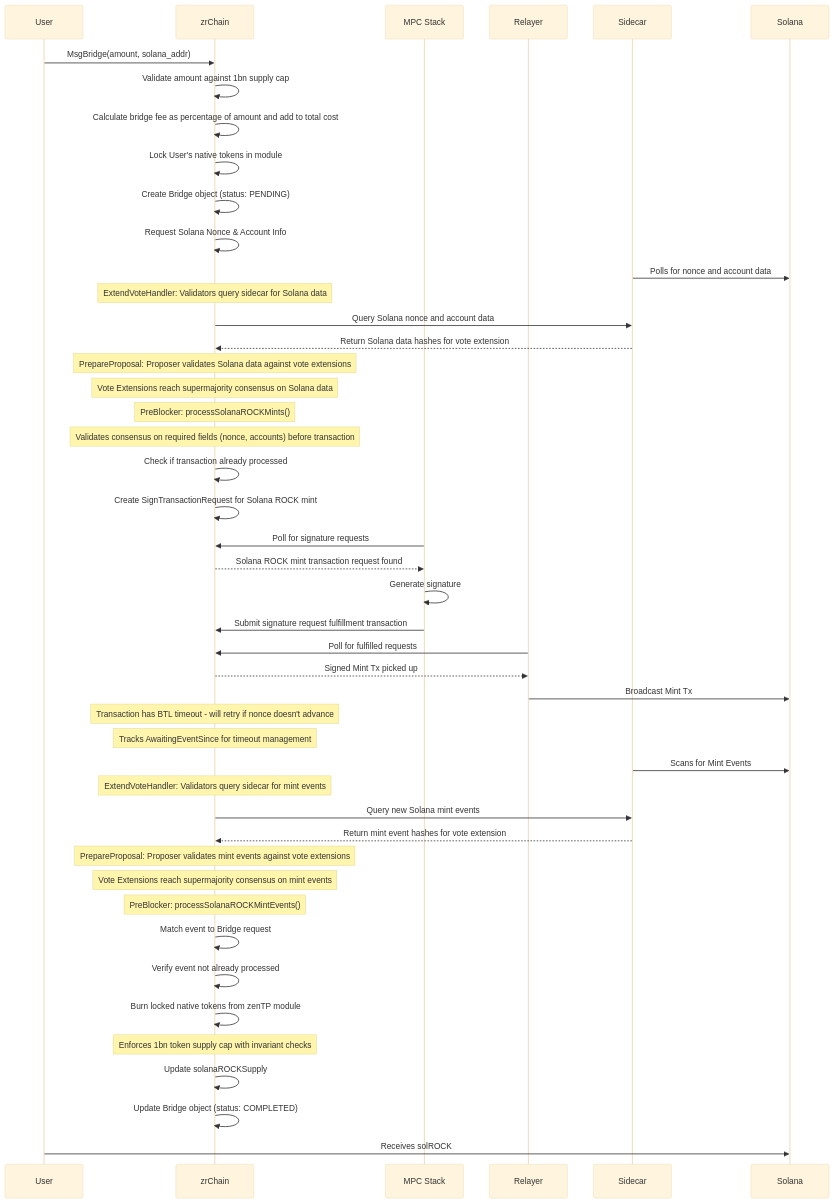
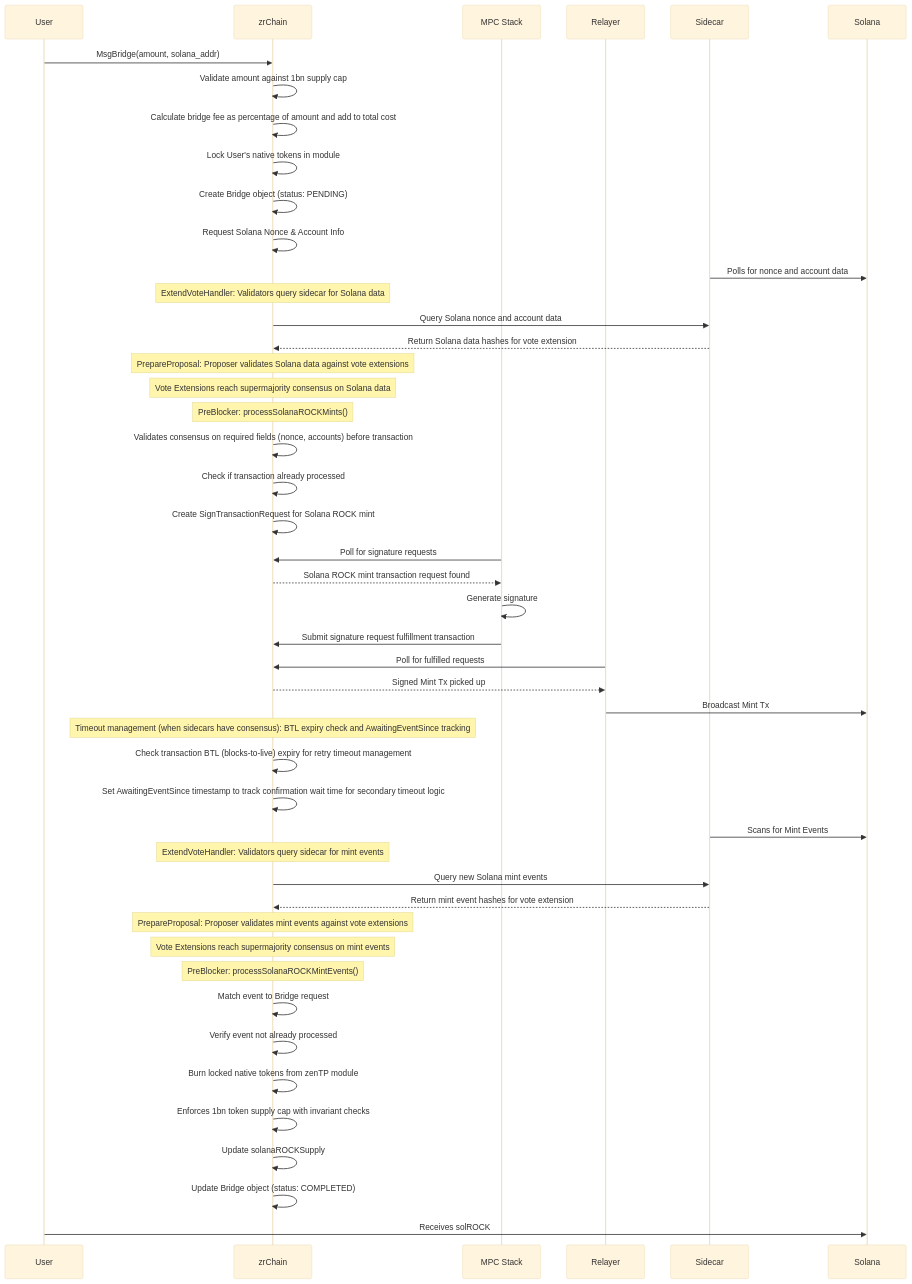
One commit to zenrocklabs/zrchain changed the third of 4 diagrams in docs/README.md. Above: the diagram before and after it, drawn with Mermaid (base theme). The commit also changed other lines of this file, not shown here.

````diff
--- a/docs/README.md
+++ b/docs/README.md
@@ -322,51 +323,52 @@
 ```mermaid
 sequenceDiagram
     participant User
     participant zrChain
     participant MPC Stack
     participant Relayer
     participant Sidecar
     participant Solana
 
     User->>zrChain: MsgBridge(amount, solana_addr)
     zrChain->>zrChain: Validate amount against 1bn supply cap
     zrChain->>zrChain: Calculate bridge fee as percentage of amount and add to total cost
     zrChain->>zrChain: Lock User's native tokens in module
     zrChain->>zrChain: Create Bridge object (status: PENDING)
     zrChain->>zrChain: Request Solana Nonce & Account Info
 
     Sidecar->>Solana: Polls for nonce and account data
     Note over zrChain: ExtendVoteHandler: Validators query sidecar for Solana data
     zrChain->>Sidecar: Query Solana nonce and account data
     Sidecar-->>zrChain: Return Solana data hashes for vote extension
     Note over zrChain: PrepareProposal: Proposer validates Solana data against vote extensions
     Note over zrChain: Vote Extensions reach supermajority consensus on Solana data
     Note over zrChain: PreBlocker: processSolanaROCKMints()
-    Note over zrChain: Validates consensus on required fields (nonce, accounts) before transaction
+    zrChain->>zrChain: Validates consensus on required fields (nonce, accounts) before transaction
     zrChain->>zrChain: Check if transaction already processed
     zrChain->>zrChain: Create SignTransactionRequest for Solana ROCK mint
     MPC Stack->>zrChain: Poll for signature requests
     zrChain-->>MPC Stack: Solana ROCK mint transaction request found
     MPC Stack->>MPC Stack: Generate signature
     MPC Stack->>zrChain: Submit signature request fulfillment transaction
     Relayer->>zrChain: Poll for fulfilled requests
     zrChain-->>Relayer: Signed Mint Tx picked up
     Relayer->>Solana: Broadcast Mint Tx
-    Note over zrChain: Transaction has BTL timeout - will retry if nonce doesn't advance
-    Note over zrChain: Tracks AwaitingEventSince for timeout management
+    Note over zrChain: Timeout management (when sidecars have consensus): BTL expiry check and AwaitingEventSince tracking
+    zrChain->>zrChain: Check transaction BTL (blocks-to-live) expiry for retry timeout management
+    zrChain->>zrChain: Set AwaitingEventSince timestamp to track confirmation wait time for secondary timeout logic
 
     Sidecar->>Solana: Scans for Mint Events
     Note over zrChain: ExtendVoteHandler: Validators query sidecar for mint events
     zrChain->>Sidecar: Query new Solana mint events
     Sidecar-->>zrChain: Return mint event hashes for vote extension
     Note over zrChain: PrepareProposal: Proposer validates mint events against vote extensions
     Note over zrChain: Vote Extensions reach supermajority consensus on mint events
     Note over zrChain: PreBlocker: processSolanaROCKMintEvents()
     zrChain->>zrChain: Match event to Bridge request
     zrChain->>zrChain: Verify event not already processed
     zrChain->>zrChain: Burn locked native tokens from zenTP module
-    Note over zrChain: Enforces 1bn token supply cap with invariant checks
+    zrChain->>zrChain: Enforces 1bn token supply cap with invariant checks
     zrChain->>zrChain: Update solanaROCKSupply
     zrChain->>zrChain: Update Bridge object (status: COMPLETED)
     User->>Solana: Receives solROCK
 ```
````
